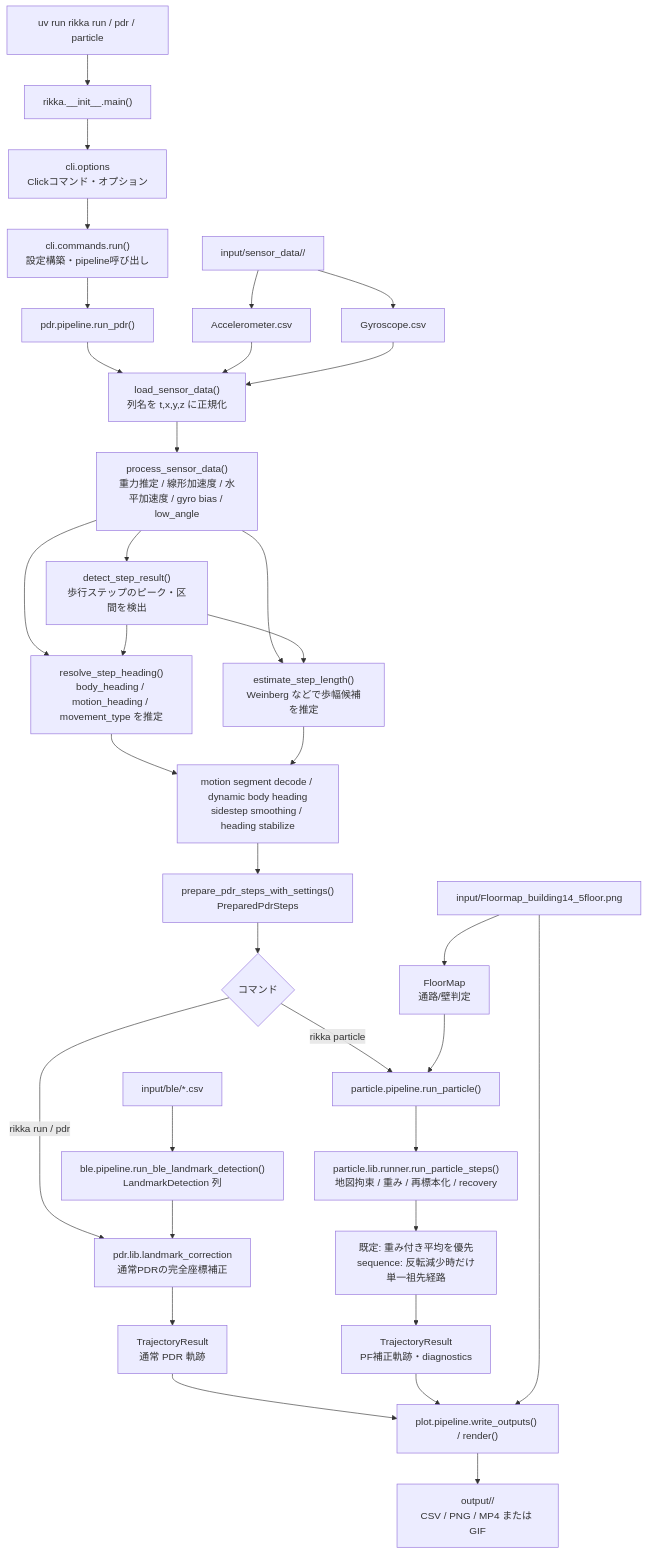
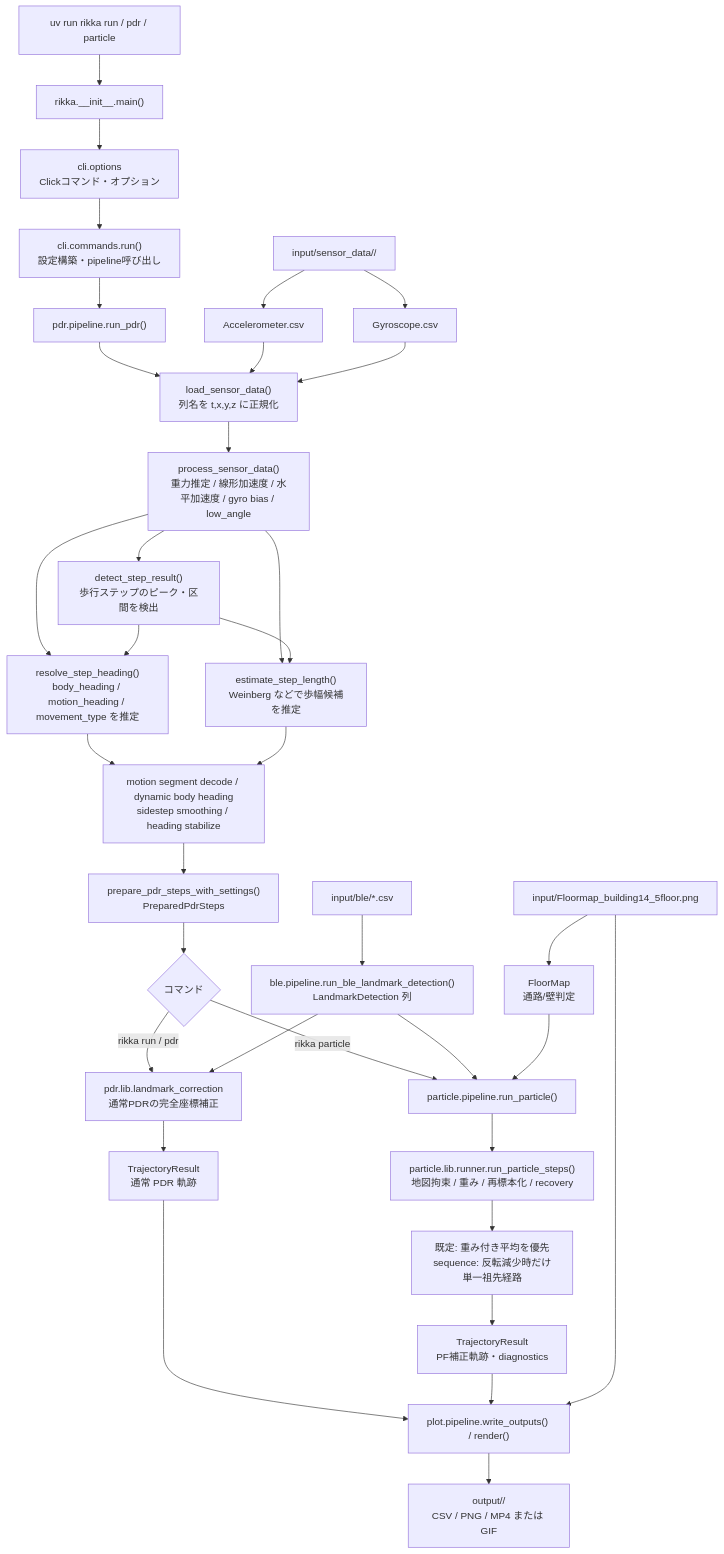
The first of 2 diagrams in README.md (kajiLabTeam/rikka), drawn with Mermaid before and after one commit. The commit also changed other lines of this file and 29 other files, not shown here.

Commit message:
feat: integrate BLE landmarks with particle filter

````diff
--- a/README.md
+++ b/README.md
@@ -180,42 +194,43 @@
 ```mermaid
 flowchart TD
     command["uv run rikka run / pdr / particle"] --> entry["rikka.__init__.main()"]
     entry --> cli_options["cli.options\nClickコマンド・オプション"]
     cli_options --> cli_run["cli.commands.run()\n設定構築・pipeline呼び出し"]
 
     input_dir["input/sensor_data/<data_dir>/"] --> acc_csv["Accelerometer.csv"]
     input_dir --> gyro_csv["Gyroscope.csv"]
 
     cli_run --> pdr_pipeline["pdr.pipeline.run_pdr()"]
     pdr_pipeline --> load["load_sensor_data()\n列名を t,x,y,z に正規化"]
     acc_csv --> load
     gyro_csv --> load
     load --> preprocess["process_sensor_data()\n重力推定 / 線形加速度 / 水平加速度 / gyro bias / low_angle"]
 
     preprocess --> step_detect["detect_step_result()\n歩行ステップのピーク・区間を検出"]
     preprocess --> heading["resolve_step_heading()\nbody_heading / motion_heading / movement_type を推定"]
     step_detect --> heading
     preprocess --> step_length["estimate_step_length()\nWeinberg などで歩幅候補を推定"]
     step_detect --> step_length
     heading --> sidestep["motion segment decode / dynamic body heading\nsidestep smoothing / heading stabilize"]
     step_length --> sidestep
     sidestep --> prepared["prepare_pdr_steps_with_settings()\nPreparedPdrSteps"]
 
     prepared --> pdr_branch{"コマンド"}
     ble_csv["input/ble/*.csv"] --> ble_pipeline["ble.pipeline.run_ble_landmark_detection()\nLandmarkDetection 列"]
     pdr_branch -->|rikka run / pdr| pdr_landmark["pdr.lib.landmark_correction\n通常PDRの完全座標補正"]
     ble_pipeline --> pdr_landmark
     pdr_landmark --> det_traj["TrajectoryResult\n通常 PDR 軌跡"]
     pdr_branch -->|rikka particle| particle_pipeline["particle.pipeline.run_particle()"]
+    ble_pipeline --> particle_pipeline
     particle_pipeline --> pf["particle.lib.runner.run_particle_steps()\n地図拘束 / 重み / 再標本化 / recovery"]
 
     floormap["input/Floormap_building14_5floor.png"] --> pf_map["FloorMap\n通路/壁判定"]
     pf_map --> particle_pipeline
     pf --> pf_path["既定: 重み付き平均を優先\nsequence: 反転減少時だけ単一祖先経路"]
 
     det_traj --> plot_pipeline["plot.pipeline.write_outputs() / render()"]
     pf_path --> pf_result["TrajectoryResult\nPF補正軌跡・diagnostics"]
     pf_result --> plot_pipeline
     floormap --> plot_pipeline
     plot_pipeline --> output_dir["output/<timestamp>/\nCSV / PNG / MP4 または GIF"]
 ```
````
